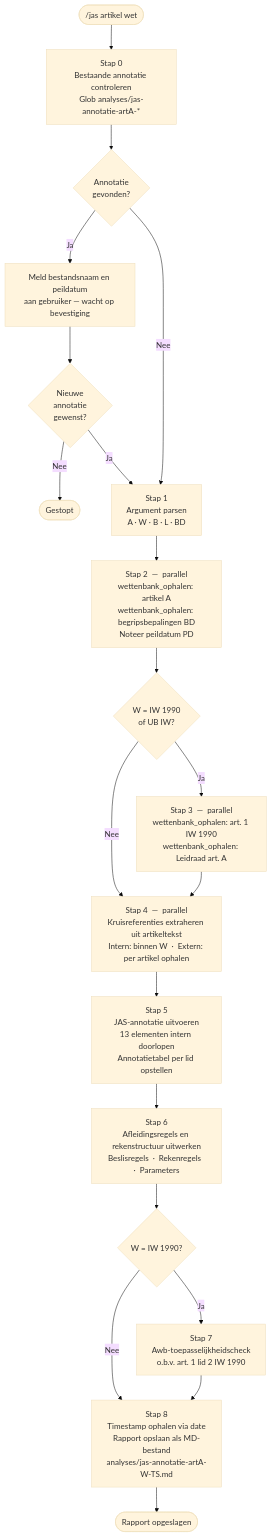
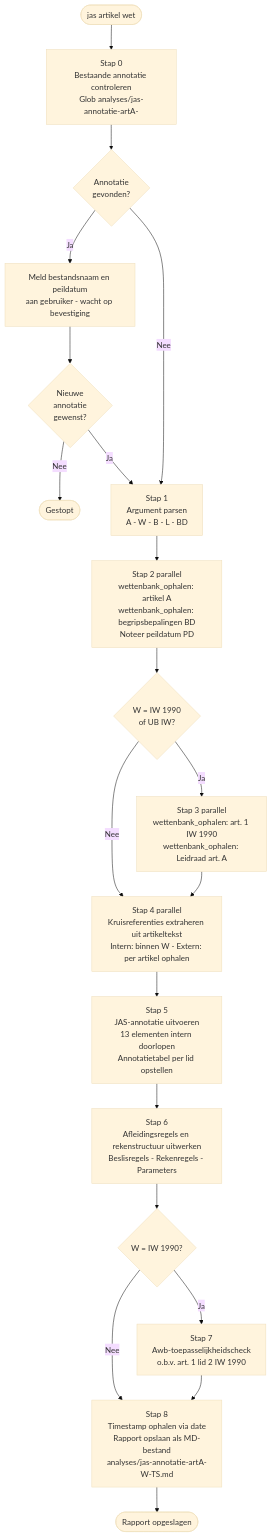
The diagram in jas-workflow.md (palmw01/wetten-overheid-tools), drawn with Mermaid (base theme) before and after one commit. The commit also changed 1 other file, not shown here.

Commit message:
Herstel Mermaid-diagrammen: verwijder subgraphs en Unicode-tekens
Beide processchema's (jas-workflow.md en wettenbank-mcp/README.md) gaven
een parse-fout op GitHub. Oorzaak: subgraphs met cross-referenties,
meerdere spaties in edge-syntax en Unicode-tekens (em-dash, middendot,
plusminus, pijl). Herschreven naar platte flowchart zonder subgraphs,
ASCII-tekens, enkelvoudige spaties.

````diff
--- a/jas-workflow.md
+++ b/jas-workflow.md
@@ -53,42 +53,39 @@
 ```mermaid
 flowchart TD
-    START(["/jas artikel wet"])
+    START([jas artikel wet]) --> S0
 
-    START --> S0
-
-    S0["Stap 0\nBestaande annotatie controleren\nGlob analyses/jas-annotatie-artA-*"]
+    S0["Stap 0\nBestaande annotatie controleren\nGlob analyses/jas-annotatie-artA-"]
     S0 --> FOUND{Annotatie\ngevonden?}
 
-    FOUND -->|Ja| SHOW["Meld bestandsnaam en peildatum\naan gebruiker — wacht op bevestiging"]
+    FOUND -->|Ja| SHOW["Meld bestandsnaam en peildatum\naan gebruiker - wacht op bevestiging"]
     SHOW --> NIEUW{Nieuwe\nannotatie\ngewenst?}
     NIEUW -->|Nee| STOP([Gestopt])
     NIEUW -->|Ja| S1
-
     FOUND -->|Nee| S1
 
-    S1["Stap 1\nArgument parsen\nA  ·  W  ·  B  ·  L  ·  BD"]
+    S1["Stap 1\nArgument parsen\nA - W - B - L - BD"]
     S1 --> S2
 
-    S2["Stap 2  —  parallel\nwettenbank_ophalen: artikel A\nwettenbank_ophalen: begripsbepalingen BD\nNoteer peildatum PD"]
+    S2["Stap 2 parallel\nwettenbank_ophalen: artikel A\nwettenbank_ophalen: begripsbepalingen BD\nNoteer peildatum PD"]
     S2 --> IW1{W = IW 1990\nof UB IW?}
 
-    IW1 -->|Ja| S3["Stap 3  —  parallel\nwettenbank_ophalen: art. 1 IW 1990\nwettenbank_ophalen: Leidraad art. A"]
+    IW1 -->|Ja| S3["Stap 3 parallel\nwettenbank_ophalen: art. 1 IW 1990\nwettenbank_ophalen: Leidraad art. A"]
     IW1 -->|Nee| S4
     S3 --> S4
 
-    S4["Stap 4  —  parallel\nKruisreferenties extraheren uit artikeltekst\nIntern: binnen W  ·  Extern: per artikel ophalen"]
+    S4["Stap 4 parallel\nKruisreferenties extraheren uit artikeltekst\nIntern: binnen W - Extern: per artikel ophalen"]
     S4 --> S5
 
     S5["Stap 5\nJAS-annotatie uitvoeren\n13 elementen intern doorlopen\nAnnotatietabel per lid opstellen"]
     S5 --> S6
 
-    S6["Stap 6\nAfleidingsregels en rekenstructuur uitwerken\nBeslisregels  ·  Rekenregels  ·  Parameters"]
+    S6["Stap 6\nAfleidingsregels en rekenstructuur uitwerken\nBeslisregels - Rekenregels - Parameters"]
     S6 --> IW2{W = IW 1990?}
 
     IW2 -->|Ja| S7["Stap 7\nAwb-toepasselijkheidscheck\no.b.v. art. 1 lid 2 IW 1990"]
     IW2 -->|Nee| S8
     S7 --> S8
 
     S8["Stap 8\nTimestamp ophalen via date\nRapport opslaan als MD-bestand\nanalyses/jas-annotatie-artA-W-TS.md"]
     S8 --> END([Rapport opgeslagen])
 ```
````
